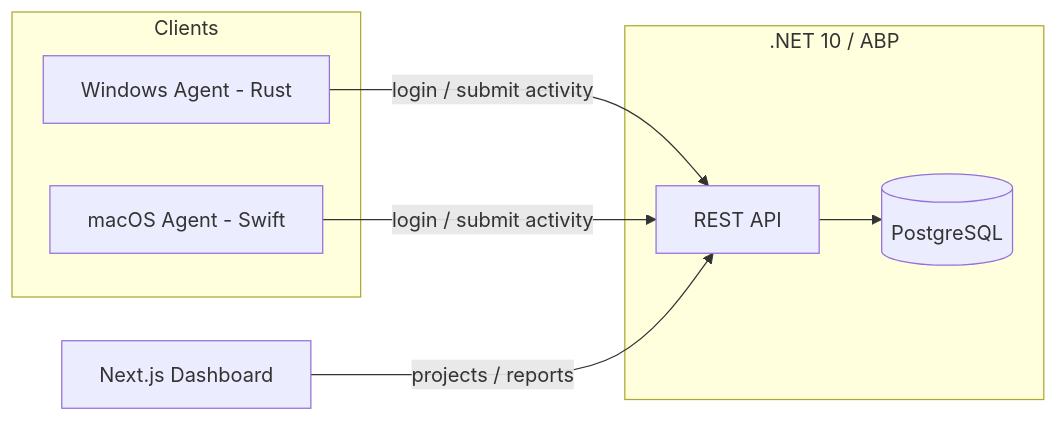
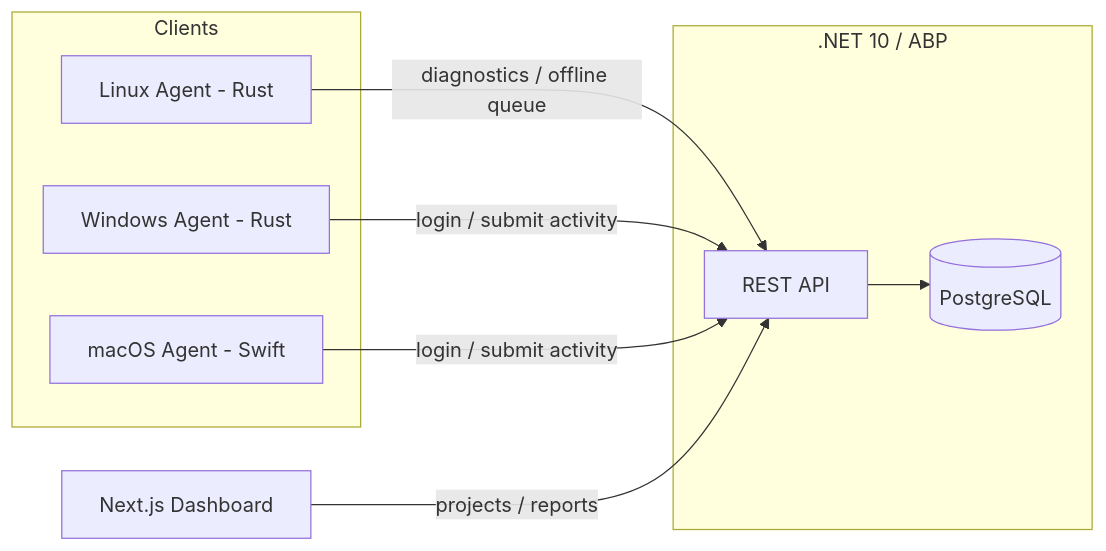
Before and after one commit to DosiBridge/Dosi-Tracker: the diagram in README.md, drawn with Mermaid. The commit also changed other lines of this file and 11 other files, not shown here.

````diff
--- a/README.md
+++ b/README.md
@@ -54,17 +56,19 @@
 ```mermaid
 flowchart LR
     subgraph Clients
+        L[Linux Agent - Rust]
         W[Windows Agent - Rust]
         M[macOS Agent - Swift]
     end
     subgraph Backend[".NET 10 / ABP"]
         API[REST API]
         DB[(PostgreSQL)]
     end
     FE[Next.js Dashboard]
 
+    L -->|diagnostics / offline queue| API
     W -->|login / submit activity| API
     M -->|login / submit activity| API
     FE -->|projects / reports| API
     API --> DB
 ```
````
